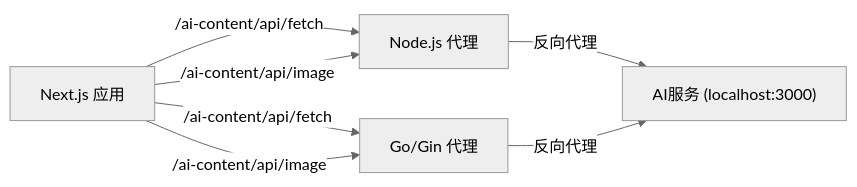
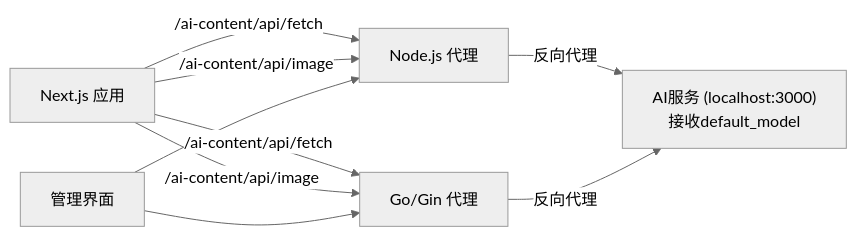
The sixth of 8 diagrams in .qoder/repowiki/zh/content/后端服务架构/API接口文档/AI渠道配置接口.md (hx631580609-web/zsts-cms), drawn with Mermaid (neutral theme) before and after one commit. The commit also changed other lines of this file and 5 other files, not shown here.

````diff
--- a/.qoder/repowiki/zh/content/后端服务架构/API接口文档/AI渠道配置接口.md
+++ b/.qoder/repowiki/zh/content/后端服务架构/API接口文档/AI渠道配置接口.md
@@ -288,9 +323,11 @@
 ```mermaid
 graph LR
 FE["Next.js 应用"] --> |/ai-content/api/fetch| BE_Node["Node.js 代理"]
 FE --> |/ai-content/api/image| BE_Node
 FE --> |/ai-content/api/fetch| BE_Go["Go/Gin 代理"]
 FE --> |/ai-content/api/image| BE_Go
-BE_Node --> |反向代理| AI["AI服务 (localhost:3000)"]
+ADMIN["管理界面"] --> BE_Go
+ADMIN --> BE_Node
+BE_Node --> |反向代理| AI["AI服务 (localhost:3000)<br/>接收default_model"]
 BE_Go --> |反向代理| AI
 ```
````
